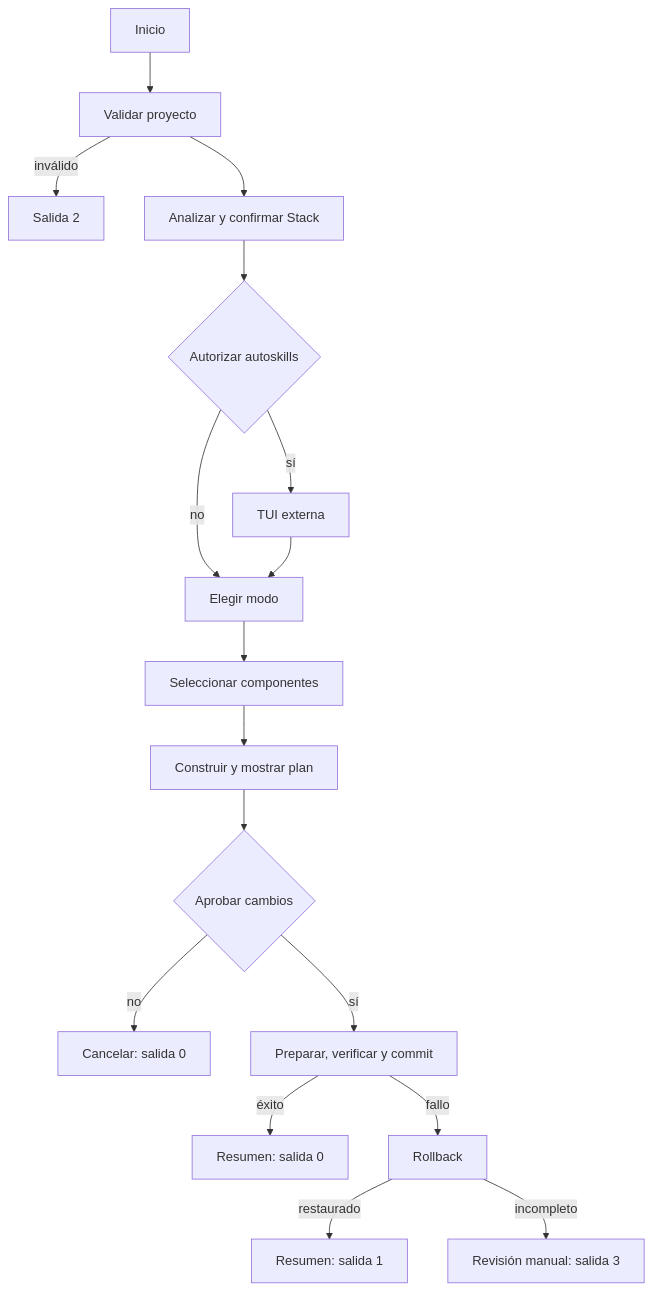
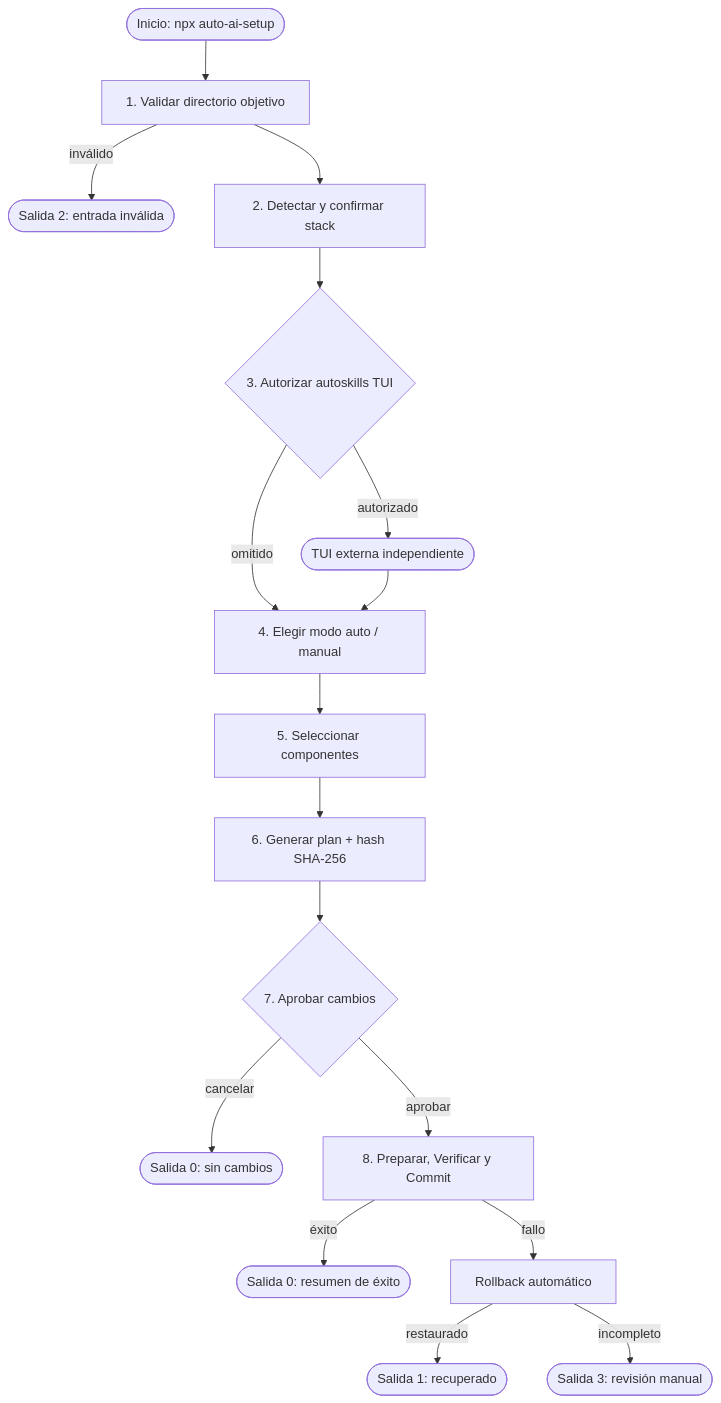
The first of 3 diagrams in README.md (HeberYesid/auto-ai-setup), drawn with Mermaid before and after one commit. The commit also changed other lines of this file, not shown here.

````diff
--- a/README.md
+++ b/README.md
@@ -119,19 +92,19 @@
 ```mermaid
 flowchart TD
-    A[Inicio] --> B[Validar proyecto]
-    B -->|inválido| E2[Salida 2]
-    B --> C[Analizar y confirmar Stack]
-    C --> D{Autorizar autoskills}
-    D -->|sí| T[TUI externa]
-    D -->|no| M[Elegir modo]
+    A([Inicio: npx auto-ai-setup]) --> B[1. Validar directorio objetivo]
+    B -->|inválido| E2([Salida 2: entrada inválida])
+    B --> C[2. Detectar y confirmar stack]
+    C --> D{3. Autorizar autoskills TUI}
+    D -->|autorizado| T([TUI externa independiente])
+    D -->|omitido| M[4. Elegir modo auto / manual]
     T --> M
-    M --> S[Seleccionar componentes]
-    S --> P[Construir y mostrar plan]
-    P --> Q{Aprobar cambios}
-    Q -->|no| C0[Cancelar: salida 0]
-    Q -->|sí| X[Preparar, verificar y commit]
-    X -->|éxito| O[Resumen: salida 0]
-    X -->|fallo| R[Rollback]
-    R -->|restaurado| E1[Resumen: salida 1]
-    R -->|incompleto| E3[Revisión manual: salida 3]
+    M --> S[5. Seleccionar componentes]
+    S --> P[6. Generar plan + hash SHA-256]
+    P --> Q{7. Aprobar cambios}
+    Q -->|cancelar| C0([Salida 0: sin cambios])
+    Q -->|aprobar| X[8. Preparar, Verificar y Commit]
+    X -->|éxito| O([Salida 0: resumen de éxito])
+    X -->|fallo| R[Rollback automático]
+    R -->|restaurado| E1([Salida 1: recuperado])
+    R -->|incompleto| E3([Salida 3: revisión manual])
 ```
````
